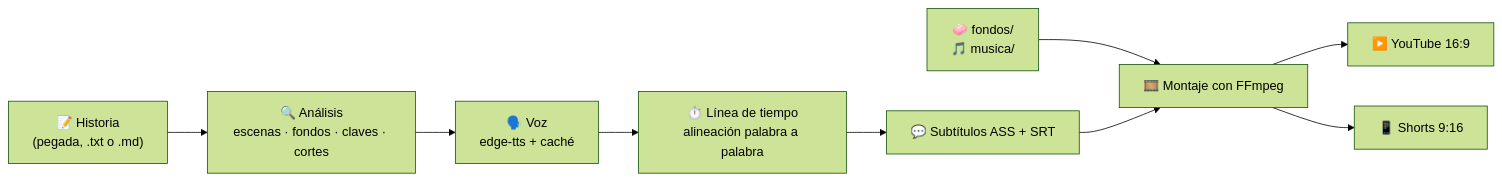
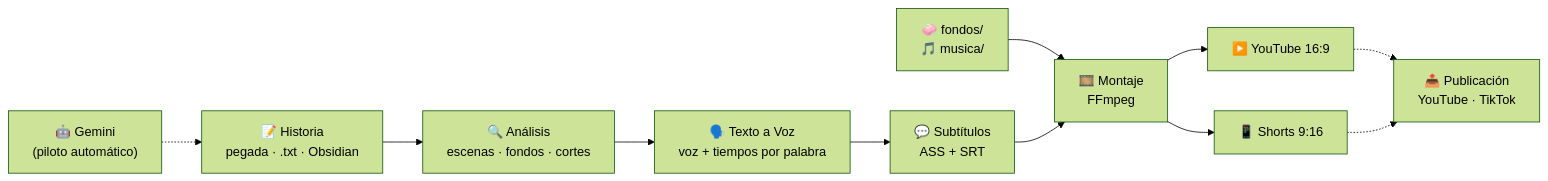
One commit to manuurgzz/reddit-video changed the diagram in README.md. Above: the diagram before and after it, drawn with Mermaid (forest theme). The commit also changed other lines of this file and 7 other files, not shown here.

First line of the commit message:
Rehacer la presentación con el piloto automático y los cortes

````diff
--- a/README.md
+++ b/README.md
@@ -44,11 +46,13 @@
 ```mermaid
 flowchart LR
-    A["📝 Historia<br/>(pegada, .txt o .md)"] --> B["🔍 Análisis<br/>escenas · fondos · claves · cortes"]
-    B --> C["🗣️ Voz<br/>edge-tts + caché"]
-    C --> D["⏱️ Línea de tiempo<br/>alineación palabra a palabra"]
-    D --> E["💬 Subtítulos ASS + SRT"]
-    F["🧼 fondos/<br/>🎵 musica/"] --> G
-    E --> G["🎞️ Montaje con FFmpeg"]
-    G --> H["▶️ YouTube 16:9"]
-    G --> I["📱 Shorts 9:16"]
+    G["🤖 Gemini<br/>(piloto automático)"] -.-> A
+    A["📝 Historia<br/>pegada · .txt · Obsidian"] --> B["🔍 Análisis<br/>escenas · fondos · cortes"]
+    B --> C["🗣️ Texto a Voz<br/>voz + tiempos por palabra"]
+    C --> D["💬 Subtítulos<br/>ASS + SRT"]
+    F["🧼 fondos/<br/>🎵 musica/"] --> M
+    D --> M["🎞️ Montaje<br/>FFmpeg"]
+    M --> Y["▶️ YouTube 16:9"]
+    M --> S["📱 Shorts 9:16"]
+    Y -.-> P["📤 Publicación<br/>YouTube · TikTok"]
+    S -.-> P
 ```
````
